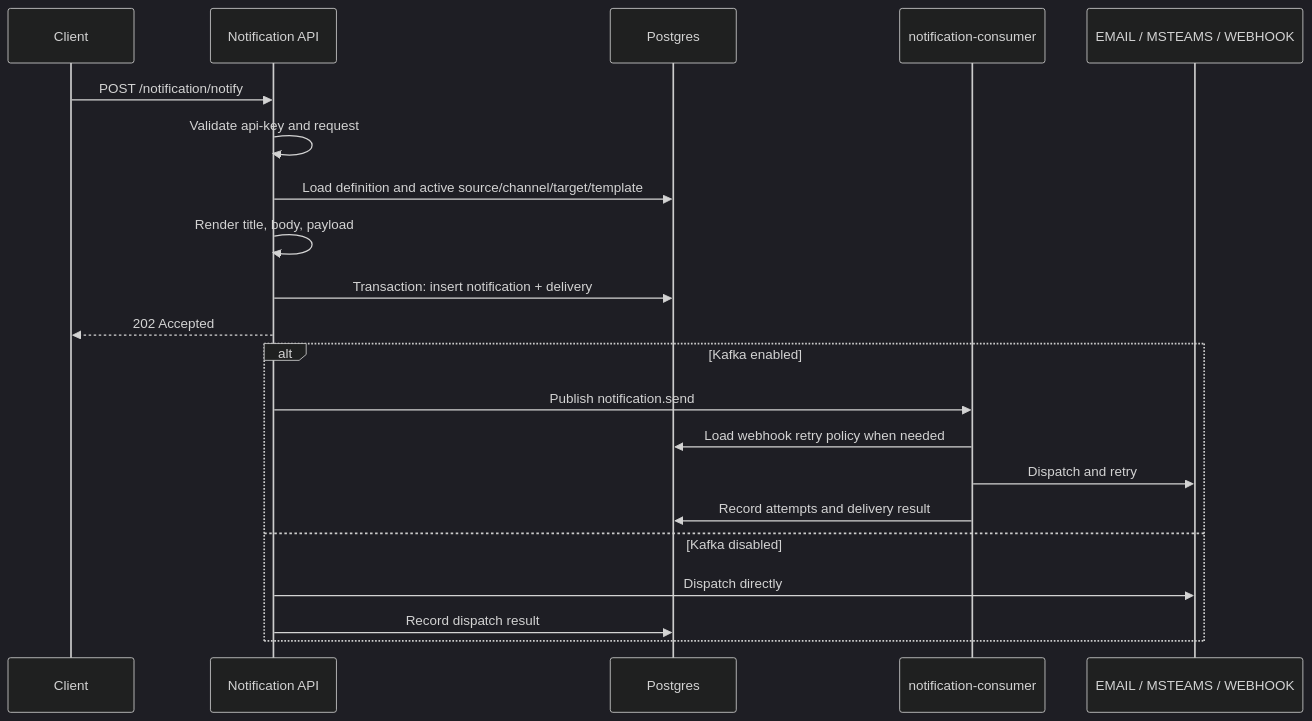
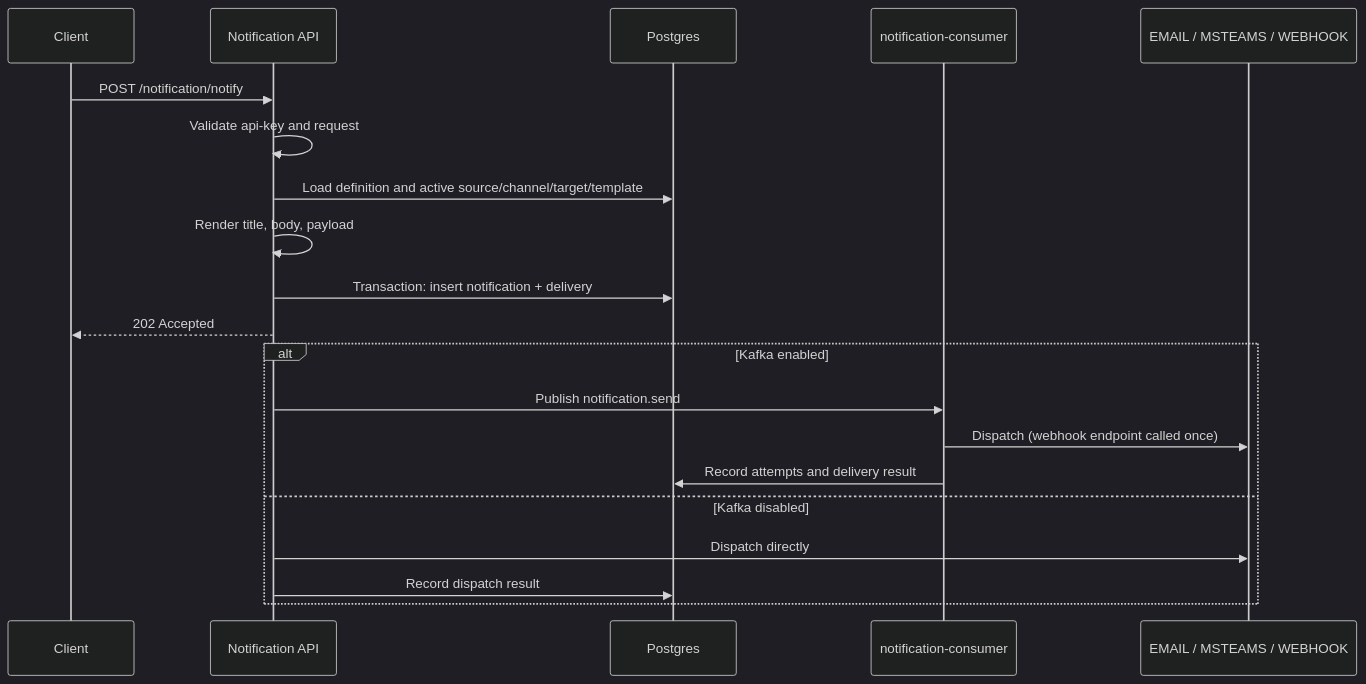
Before and after one commit to AtlasBevis/notification-service: the diagram in docs/api_flow.md, drawn with Mermaid (dark theme). The commit also changed other lines of this file and 30 other files, not shown here.

````diff
--- a/docs/api_flow.md
+++ b/docs/api_flow.md
@@ -23,24 +23,23 @@
 ```mermaid
 sequenceDiagram
     participant Client
     participant API as Notification API
     participant DB as Postgres
     participant Worker as notification-consumer
     participant Channel as EMAIL / MSTEAMS / WEBHOOK
 
     Client->>API: POST /notification/notify
     API->>API: Validate api-key and request
     API->>DB: Load definition and active source/channel/target/template
     API->>API: Render title, body, payload
     API->>DB: Transaction: insert notification + delivery
     API-->>Client: 202 Accepted
     alt Kafka enabled
         API->>Worker: Publish notification.send
-        Worker->>DB: Load webhook retry policy when needed
-        Worker->>Channel: Dispatch and retry
+        Worker->>Channel: Dispatch (webhook endpoint called once)
         Worker->>DB: Record attempts and delivery result
     else Kafka disabled
         API->>Channel: Dispatch directly
         API->>DB: Record dispatch result
     end
 ```
````
